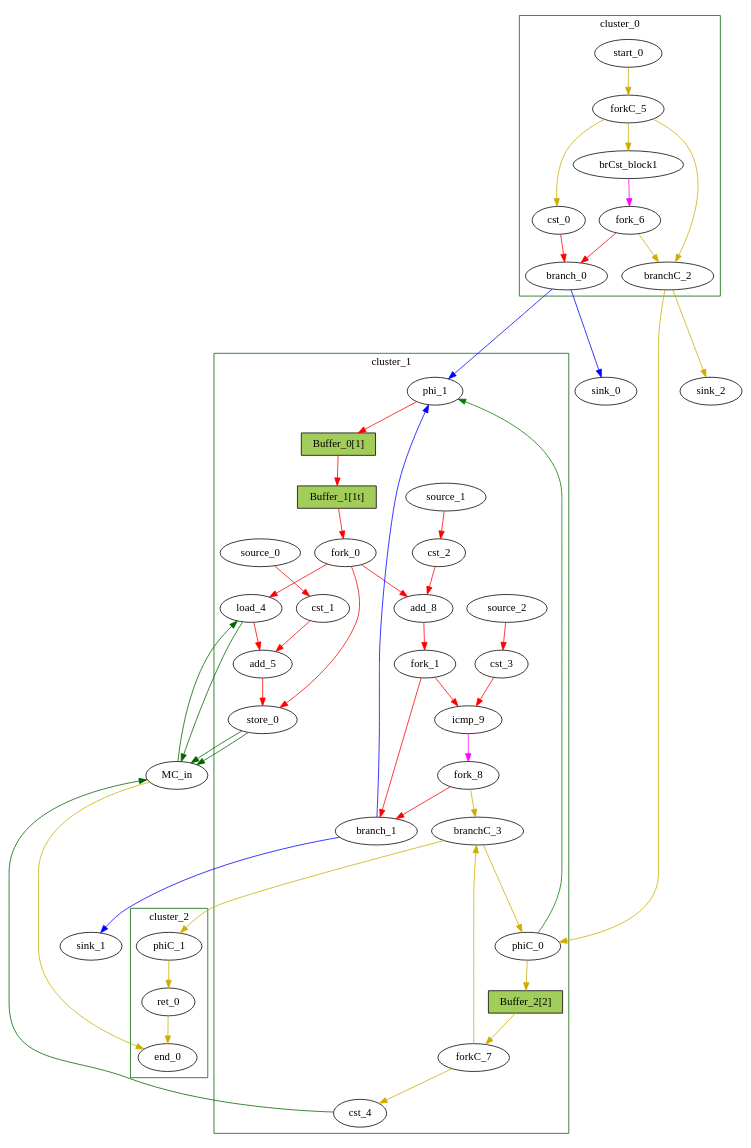
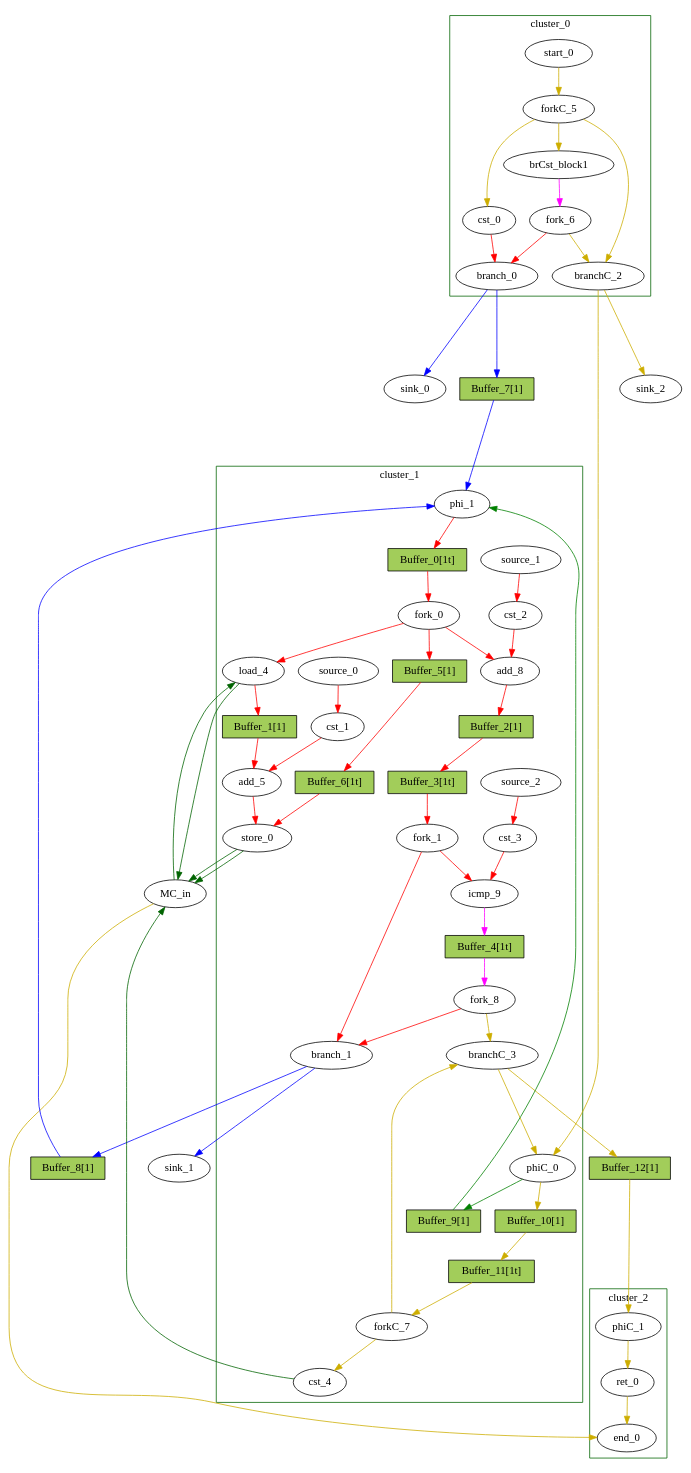
One commit to Nozidoali/MapBuf changed the diagram in RegressionTest/BestResults/invertion/invertion_milp.dot. Above: the diagram before and after it, drawn with Graphviz. The commit also changed 22 other files, not shown here.

```diff
--- a/RegressionTest/BestResults/invertion/invertion_milp.dot
+++ b/RegressionTest/BestResults/invertion/invertion_milp.dot
@@ -1,101 +1,121 @@
 Digraph G {
 	splines=spline;
+	subgraph cluster_cluster_2 {
+	color = "darkgreen";
+label = "cluster_2";
+		"ret_0" [type="Operator", in="in1:0 ", out="out1:0 ", bbID=3, II=1, delay=0.0, latency=0, op="ret_op"];
+		"end_0" [type="Exit", in="in1:0*e in2:0 ", out="out1:0", bbID=0];
+		"phiC_1" [type="Merge", in="in1:0 ", out="out1:0", bbID=3, delay=0.0];
+	}
+	subgraph cluster_cluster_0 {
+	color = "darkgreen";
+label = "cluster_0";
+		"brCst_block1" [type="Constant", in="in1:1", out="out1:1", bbID=1, value="0x1"];
+		"cst_0" [type="Constant", in="in1:1", out="out1:1", bbID=1, value="0x00000000"];
+		"branch_0" [type="Branch", in="in1:1 in2?:1", out="out1+:1 out2-:1", bbID=1];
+		"start_0" [type="Entry", in="in1:0", out="out1:0", bbID=1, control="true"];
+		"forkC_5" [type="Fork", in="in1:0", out="out1:0 out2:0 out3:0 ", bbID=1];
+		"branchC_2" [type="Branch", in="in1:0 in2?:1", out="out1+:0 out2-:0", bbID=1];
+		"fork_6" [type="Fork", in="in1:1", out="out1:1 out2:1 ", bbID=1];
+	}
 	subgraph cluster_cluster_1 {
 	color = "darkgreen";
 label = "cluster_1";
 		"phi_1" [type="Mux", in="in1?:1 in2:10 in3:10 ", out="out1:10", bbID=2, delay=1.397];
 		"load_4" [type="Operator", in="in1:32 in2:10 ", out="out1:32 out2:10 ", bbID=2, II=1, delay=1.412, latency=2, op="mc_load_op", portId=0];
 		"cst_1" [type="Constant", in="in1:32", out="out1:32", bbID=2, value="0xFFFFFFFF"];
 		"add_5" [type="Operator", in="in1:32 in2:32 ", out="out1:32 ", bbID=2, II=1, delay=2.287, latency=0, op="add_op"];
 		"store_0" [type="Operator", in="in1:32 in2:10 ", out="out1:32 out2:10 ", bbID=2, II=1, delay=0.672, latency=0, op="mc_store_op", portId=0];
 		"cst_2" [type="Constant", in="in1:1", out="out1:1", bbID=2, value="0x00000001"];
 		"add_8" [type="Operator", in="in1:10 in2:10 ", out="out1:10 ", bbID=2, II=1, delay=2.287, latency=0, op="add_op"];
 		"cst_3" [type="Constant", in="in1:10", out="out1:10", bbID=2, value="0x000003E9"];
 		"icmp_9" [type="Operator", in="in1:10 in2:10 ", out="out1:1 ", bbID=2, II=1, delay=1.907, latency=0, op="icmp_ult_op"];
 		"fork_0" [type="Fork", in="in1:10", out="out1:10 out2:10 out3:10 ", bbID=2];
 		"fork_1" [type="Fork", in="in1:10", out="out1:10 out2:10 ", bbID=2];
 		"branch_1" [type="Branch", in="in1:10 in2?:1", out="out1+:10 out2-:10", bbID=2];
 		"cst_4" [type="Constant", in="in1:1", out="out1:1", bbID=2, value="0x00000001"];
 		"phiC_0" [type="CntrlMerge", in="in1:0 in2:0 ", out="out1:0 out2?:1", bbID=2, delay=0.0];
 		"forkC_7" [type="Fork", in="in1:0", out="out1:0 out2:0 ", bbID=2];
 		"branchC_3" [type="Branch", in="in1:0 in2?:1", out="out1+:0 out2-:0", bbID=2];
 		"fork_8" [type="Fork", in="in1:1", out="out1:1 out2:1 ", bbID=2];
 		"source_0" [type="Source", out="out1:32", bbID=2];
 		"source_1" [type="Source", out="out1:1", bbID=2];
 		"source_2" [type="Source", out="out1:10", bbID=2];
-		"Buffer_0" [type="Buffer", in="in1:32", out="out1:32", bbID=3, slots=1, transparent=false, label="Buffer_0[1]", shape="box", style="filled", fillcolor="darkolivegreen3", height=0.4];
-		"Buffer_1" [type="Buffer", in="in1:32", out="out1:32", bbID=3, slots=1, transparent=true, label="Buffer_1[1t]", shape="box", style="filled", fillcolor="darkolivegreen3", height=0.4];
-		"Buffer_2" [type="Buffer", in="in1:32", out="out1:32", bbID=3, slots=2, transparent=false, label="Buffer_2[2]", shape="box", style="filled", fillcolor="darkolivegreen3", height=0.4];
-	}
-	subgraph cluster_cluster_2 {
-	color = "darkgreen";
-label = "cluster_2";
-		"ret_0" [type="Operator", in="in1:0 ", out="out1:0 ", bbID=3, II=1, delay=0.0, latency=0, op="ret_op"];
-		"end_0" [type="Exit", in="in1:0*e in2:0 ", out="out1:0", bbID=0];
-		"phiC_1" [type="Merge", in="in1:0 ", out="out1:0", bbID=3, delay=0.0];
-	}
-	subgraph cluster_cluster_0 {
-	color = "darkgreen";
-label = "cluster_0";
-		"brCst_block1" [type="Constant", in="in1:1", out="out1:1", bbID=1, value="0x1"];
-		"cst_0" [type="Constant", in="in1:1", out="out1:1", bbID=1, value="0x00000000"];
-		"branch_0" [type="Branch", in="in1:1 in2?:1", out="out1+:1 out2-:1", bbID=1];
-		"start_0" [type="Entry", in="in1:0", out="out1:0", bbID=1, control="true"];
-		"forkC_5" [type="Fork", in="in1:0", out="out1:0 out2:0 out3:0 ", bbID=1];
-		"branchC_2" [type="Branch", in="in1:0 in2?:1", out="out1+:0 out2-:0", bbID=1];
-		"fork_6" [type="Fork", in="in1:1", out="out1:1 out2:1 ", bbID=1];
+		"Buffer_0" [type="Buffer", in="in1:32", out="out1:32", bbID=3, slots=1, transparent=true, label="Buffer_0[1t]", shape="box", style="filled", fillcolor="darkolivegreen3", height=0.4];
+		"Buffer_1" [type="Buffer", in="in1:32", out="out1:32", bbID=3, slots=1, transparent=false, label="Buffer_1[1]", shape="box", style="filled", fillcolor="darkolivegreen3", height=0.4];
+		"Buffer_2" [type="Buffer", in="in1:32", out="out1:32", bbID=3, slots=1, transparent=false, label="Buffer_2[1]", shape="box", style="filled", fillcolor="darkolivegreen3", height=0.4];
+		"Buffer_3" [type="Buffer", in="in1:32", out="out1:32", bbID=3, slots=1, transparent=true, label="Buffer_3[1t]", shape="box", style="filled", fillcolor="darkolivegreen3", height=0.4];
+		"Buffer_4" [type="Buffer", in="in1:32", out="out1:32", bbID=3, slots=1, transparent=true, label="Buffer_4[1t]", shape="box", style="filled", fillcolor="darkolivegreen3", height=0.4];
+		"Buffer_5" [type="Buffer", in="in1:32", out="out1:32", bbID=3, slots=1, transparent=false, label="Buffer_5[1]", shape="box", style="filled", fillcolor="darkolivegreen3", height=0.4];
+		"Buffer_6" [type="Buffer", in="in1:32", out="out1:32", bbID=3, slots=1, transparent=true, label="Buffer_6[1t]", shape="box", style="filled", fillcolor="darkolivegreen3", height=0.4];
+		"Buffer_9" [type="Buffer", in="in1:32", out="out1:32", bbID=3, slots=1, transparent=false, label="Buffer_9[1]", shape="box", style="filled", fillcolor="darkolivegreen3", height=0.4];
+		"Buffer_10" [type="Buffer", in="in1:32", out="out1:32", bbID=3, slots=1, transparent=false, label="Buffer_10[1]", shape="box", style="filled", fillcolor="darkolivegreen3", height=0.4];
+		"Buffer_11" [type="Buffer", in="in1:32", out="out1:32", bbID=3, slots=1, transparent=true, label="Buffer_11[1t]", shape="box", style="filled", fillcolor="darkolivegreen3", height=0.4];
 	}
 		"MC_in" [type="MC", in="in1:32*c0 in2:10*l0a in3:10*s0a in4:32*s0d ", out="out1:32*l0d out2:0*e ", bbID=0, bbcount=1, ldcount=1, memory="in", stcount=1];
 		"sink_0" [type="Sink", in="in1:1", bbID=0];
 		"sink_1" [type="Sink", in="in1:10", bbID=0];
 		"sink_2" [type="Sink", in="in1:0", bbID=0];
+		"Buffer_7" [type="Buffer", in="in1:32", out="out1:32", bbID=3, slots=1, transparent=false, label="Buffer_7[1]", shape="box", style="filled", fillcolor="darkolivegreen3", height=0.4];
+		"Buffer_8" [type="Buffer", in="in1:32", out="out1:32", bbID=3, slots=1, transparent=false, label="Buffer_8[1]", shape="box", style="filled", fillcolor="darkolivegreen3", height=0.4];
+		"Buffer_12" [type="Buffer", in="in1:32", out="out1:32", bbID=3, slots=1, transparent=false, label="Buffer_12[1]", shape="box", style="filled", fillcolor="darkolivegreen3", height=0.4];
 		"brCst_block1" -> "fork_6" [color = "magenta", from = "out1", to = "in1"];
 		"cst_0" -> "branch_0" [color = "red", from = "out1", to = "in1"];
 		"phi_1" -> "Buffer_0" [color = "red", from = "out1", to = "in1"];
-		"load_4" -> "add_5" [color = "red", from = "out1", to = "in1"];
 		"load_4" -> "MC_in" [color = "darkgreen", mem_address = "true", from = "out2", to = "in2"];
+		"load_4" -> "Buffer_1" [color = "red", from = "out1", to = "in1"];
 		"cst_1" -> "add_5" [color = "red", from = "out1", to = "in2"];
 		"add_5" -> "store_0" [color = "red", from = "out1", to = "in1"];
 		"store_0" -> "MC_in" [color = "darkgreen", mem_address = "true", from = "out2", to = "in3"];
 		"store_0" -> "MC_in" [color = "darkgreen", mem_address = "false", from = "out1", to = "in4"];
 		"cst_2" -> "add_8" [color = "red", from = "out1", to = "in2"];
-		"add_8" -> "fork_1" [color = "red", from = "out1", to = "in1"];
+		"add_8" -> "Buffer_2" [color = "red", from = "out1", to = "in1"];
 		"cst_3" -> "icmp_9" [color = "red", from = "out1", to = "in2"];
-		"icmp_9" -> "fork_8" [color = "magenta", from = "out1", to = "in1"];
+		"icmp_9" -> "Buffer_4" [color = "magenta", from = "out1", to = "in1"];
 		"ret_0" -> "end_0" [color = "gold3", from = "out1", to = "in2"];
 		"fork_0" -> "load_4" [color = "red", from = "out2", to = "in2"];
-		"fork_0" -> "store_0" [color = "red", from = "out3", to = "in2"];
 		"fork_0" -> "add_8" [color = "red", from = "out1", to = "in1"];
+		"fork_0" -> "Buffer_5" [color = "red", from = "out3", to = "in1"];
 		"fork_1" -> "icmp_9" [color = "red", from = "out1", to = "in1"];
 		"fork_1" -> "branch_1" [color = "red", from = "out2", to = "in1"];
-		"branch_0" -> "phi_1" [color = "blue", from = "out1", to = "in2", minlen = 3];
 		"branch_0" -> "sink_0" [color = "blue", from = "out2", to = "in1", minlen = 3];
-		"branch_1" -> "phi_1" [color = "blue", from = "out1", to = "in3", minlen = 3];
+		"branch_0" -> "Buffer_7" [color = "blue", from = "out1", to = "in1", minlen = 3];
 		"branch_1" -> "sink_1" [color = "blue", from = "out2", to = "in1", minlen = 3];
+		"branch_1" -> "Buffer_8" [color = "blue", from = "out1", to = "in1", minlen = 3];
 		"MC_in" -> "load_4" [color = "darkgreen", mem_address = "false", from = "out1", to = "in1"];
 		"MC_in" -> "end_0" [color = "gold3", from = "out2", to = "in1"];
 		"cst_4" -> "MC_in" [color = "darkgreen", from = "out1", to = "in1"];
 		"start_0" -> "forkC_5" [color = "gold3", from = "out1", to = "in1"];
 		"forkC_5" -> "brCst_block1" [color = "gold3", from = "out3", to = "in1"];
 		"forkC_5" -> "cst_0" [color = "gold3", from = "out1", to = "in1"];
 		"forkC_5" -> "branchC_2" [color = "gold3", from = "out2", to = "in1"];
 		"branchC_2" -> "phiC_0" [color = "gold3", from = "out1", to = "in1", minlen = 3];
 		"branchC_2" -> "sink_2" [color = "gold3", from = "out2", to = "in1", minlen = 3];
 		"fork_6" -> "branch_0" [color = "red", from = "out1", to = "in2"];
 		"fork_6" -> "branchC_2" [color = "gold3", from = "out2", to = "in2"];
-		"phiC_0" -> "phi_1" [color = "green", from = "out2", to = "in1"];
-		"phiC_0" -> "Buffer_2" [color = "gold3", from = "out1", to = "in1"];
+		"phiC_0" -> "Buffer_9" [color = "green", from = "out2", to = "in1"];
+		"phiC_0" -> "Buffer_10" [color = "gold3", from = "out1", to = "in1"];
 		"forkC_7" -> "cst_4" [color = "gold3", from = "out1", to = "in1"];
 		"forkC_7" -> "branchC_3" [color = "gold3", from = "out2", to = "in1"];
 		"branchC_3" -> "phiC_0" [color = "gold3", from = "out1", to = "in2", minlen = 3];
-		"branchC_3" -> "phiC_1" [color = "gold3", from = "out2", to = "in1", minlen = 3];
+		"branchC_3" -> "Buffer_12" [color = "gold3", from = "out2", to = "in1", minlen = 3];
 		"fork_8" -> "branch_1" [color = "red", from = "out1", to = "in2"];
 		"fork_8" -> "branchC_3" [color = "gold3", from = "out2", to = "in2"];
 		"phiC_1" -> "ret_0" [color = "gold3", from = "out1", to = "in1"];
 		"source_0" -> "cst_1" [color = "red", from = "out1", to = "in1"];
 		"source_1" -> "cst_2" [color = "red", from = "out1", to = "in1"];
 		"source_2" -> "cst_3" [color = "red", from = "out1", to = "in1"];
-		"Buffer_0" -> "Buffer_1" [color = "red", from = "out1", to = "in1"];
-		"Buffer_1" -> "fork_0" [color = "red", from = "out1", to = "in1"];
-		"Buffer_2" -> "forkC_7" [color = "gold3", from = "out1", to = "in1"];
+		"Buffer_0" -> "fork_0" [color = "red", from = "out1", to = "in1"];
+		"Buffer_1" -> "add_5" [color = "red", from = "out1", to = "in1"];
+		"Buffer_2" -> "Buffer_3" [color = "red", from = "out1", to = "in1"];
+		"Buffer_3" -> "fork_1" [color = "red", from = "out1", to = "in1"];
+		"Buffer_4" -> "fork_8" [color = "magenta", from = "out1", to = "in1"];
+		"Buffer_5" -> "Buffer_6" [color = "red", from = "out1", to = "in1"];
+		"Buffer_6" -> "store_0" [color = "red", from = "out1", to = "in2"];
+		"Buffer_7" -> "phi_1" [color = "blue", from = "out1", to = "in2", minlen = 3];
+		"Buffer_8" -> "phi_1" [color = "blue", from = "out1", to = "in3", minlen = 3];
+		"Buffer_9" -> "phi_1" [color = "green", from = "out1", to = "in1"];
+		"Buffer_10" -> "Buffer_11" [color = "gold3", from = "out1", to = "in1"];
+		"Buffer_11" -> "forkC_7" [color = "gold3", from = "out1", to = "in1"];
+		"Buffer_12" -> "phiC_1" [color = "gold3", from = "out1", to = "in1", minlen = 3];
 }
```
